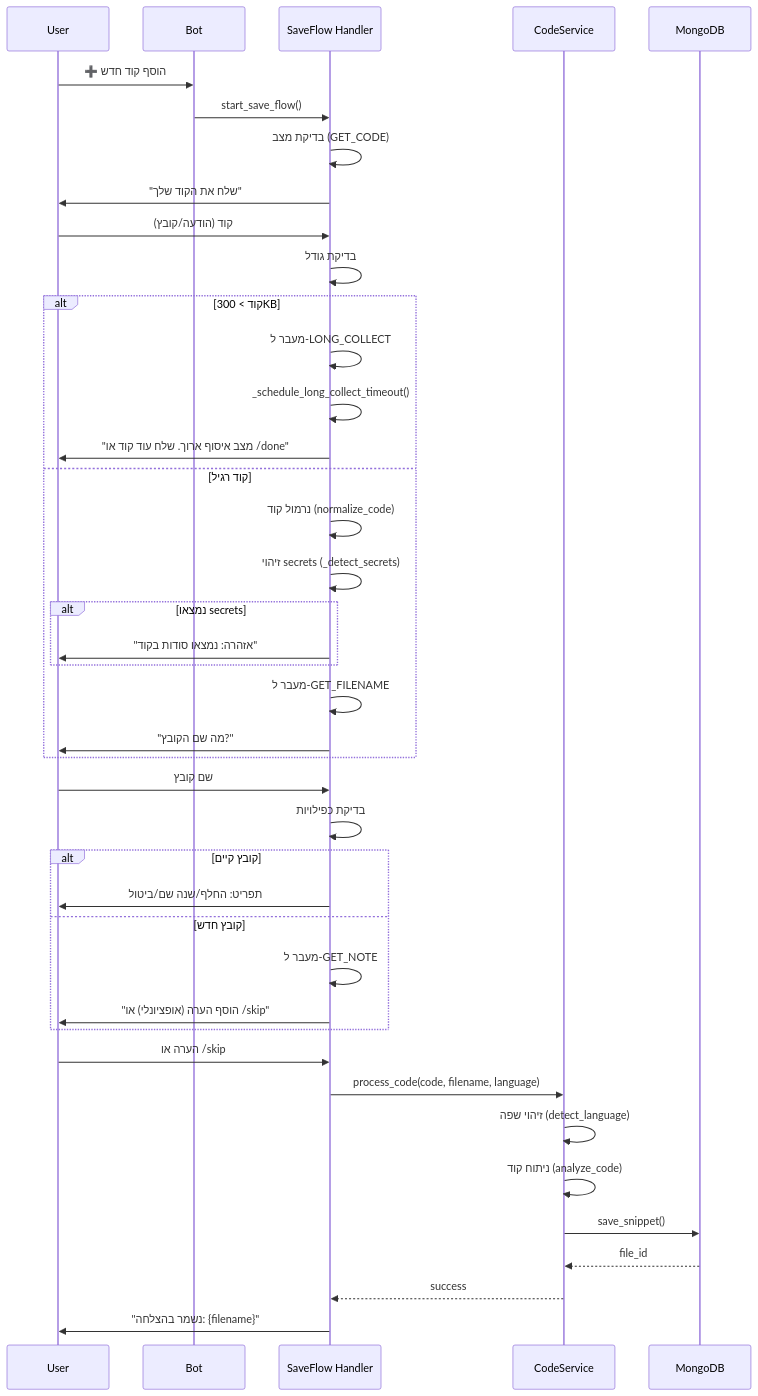
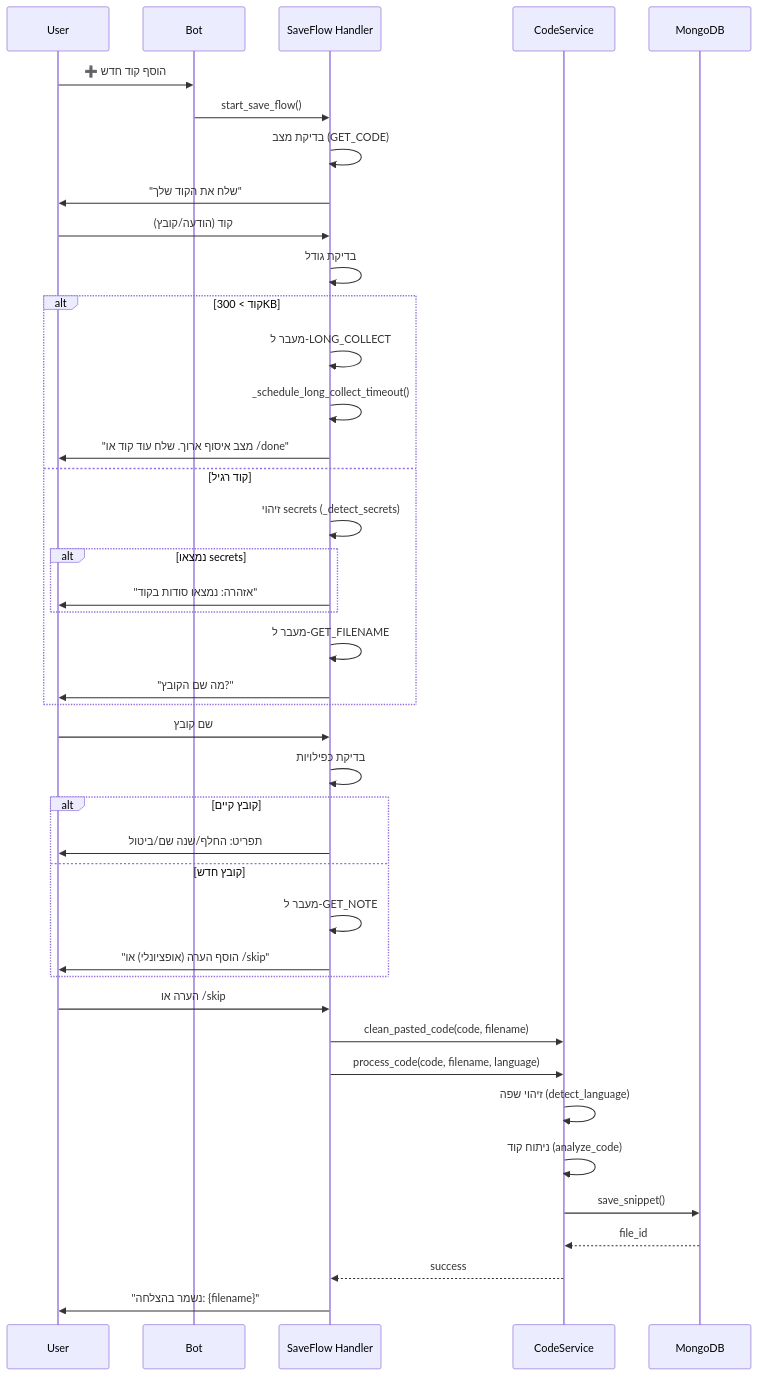
One commit to amirbiron/CodeBot changed the diagram in docs/workflows/save-flow.rst. Above: the diagram before and after it, drawn with Mermaid. The commit also changed other lines of this file and 51 other files, not shown here.

```diff
--- a/docs/workflows/save-flow.rst
+++ b/docs/workflows/save-flow.rst
@@ -42,47 +42,47 @@
 .. mermaid::
 
    sequenceDiagram
        participant U as User
        participant B as Bot
        participant H as SaveFlow Handler
        participant CS as CodeService
        participant DB as MongoDB
 
        U->>B: ➕ הוסף קוד חדש
        B->>H: start_save_flow()
        H->>H: בדיקת מצב (GET_CODE)
        H->>U: "שלח את הקוד שלך"
        
        U->>H: קוד (הודעה/קובץ)
        H->>H: בדיקת גודל
        alt קוד > 300KB
          H->>H: מעבר ל-LONG_COLLECT
          H->>H: _schedule_long_collect_timeout()
          H->>U: "מצב איסוף ארוך. שלח עוד קוד או /done"
        else קוד רגיל
-         H->>H: נרמול קוד (normalize_code)
          H->>H: זיהוי secrets (_detect_secrets)
          alt נמצאו secrets
            H->>U: "אזהרה: נמצאו סודות בקוד"
          end
          H->>H: מעבר ל-GET_FILENAME
          H->>U: "מה שם הקובץ?"
        end
        
        U->>H: שם קובץ
        H->>H: בדיקת כפילויות
        alt קובץ קיים
          H->>U: תפריט: החלף/שנה שם/ביטול
        else קובץ חדש
          H->>H: מעבר ל-GET_NOTE
          H->>U: "הוסף הערה (אופציונלי) או /skip"
        end
        
        U->>H: הערה או /skip
+       H->>CS: clean_pasted_code(code, filename)
        H->>CS: process_code(code, filename, language)
        CS->>CS: זיהוי שפה (detect_language)
        CS->>CS: ניתוח קוד (analyze_code)
        CS->>DB: save_snippet()
        DB-->>CS: file_id
        CS-->>H: success
        H->>U: "נשמר בהצלחה: {filename}"
```
